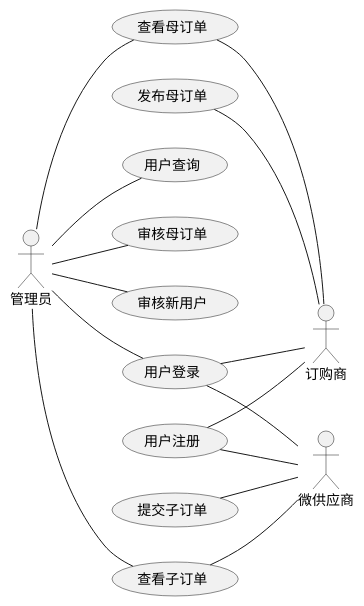
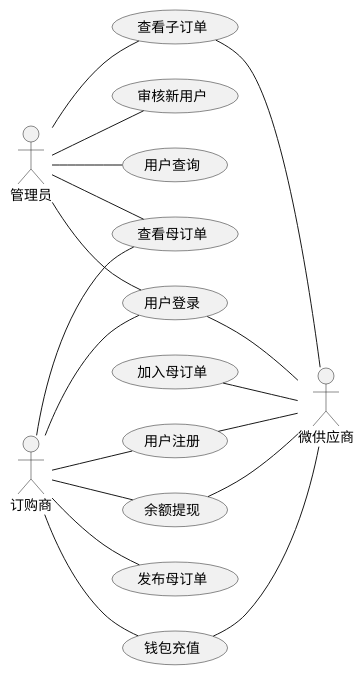
The diagram in report/misc/figure_src/uc_main_2.puml (wwyf/Waterfall), drawn with PlantUML before and after one commit. The commit also changed 6 other files, not shown here.

```diff
--- a/report/misc/figure_src/uc_main_2.puml
+++ b/report/misc/figure_src/uc_main_2.puml
@@ -1,37 +1,40 @@
 @startuml
 
 ''' 布局信息
 left to right direction
 
 ''' 以下部分描述了各个角色
 :微供应商: as MiniProvider
 :订购商: as Client
 :管理员: as Admin
 ' :授信系统: as CreditSys
 ' :资金系统: as FundSys
 
 ''' 以下部分描述了各个用例
 ''' 注意由于使用了从左到右布局, 故连线方向up down等需旋转90度
 
 MiniProvider -up- (用户登录)
 MiniProvider -up- (用户注册)
 MiniProvider -up- (查看子订单)
-MiniProvider -up- (提交子订单)
-
-Client -up- (用户登录)
-Client -up- (用户注册)
-Client -up- (发布母订单)
-Client -up- (查看母订单)
+MiniProvider -up- (加入母订单)
+MiniProvider -up- (钱包充值)
+MiniProvider -up- (余额提现)
 
 together {
 	Admin -- (用户查询)
     Admin -- (用户登录)
     Admin -- (查看子订单)
     Admin -- (查看母订单)
-    Admin -- (审核母订单)
     Admin -- (审核新用户)
 }
+
+Client -- (用户登录)
+Client -- (用户注册)
+Client -- (发布母订单)
+Client -- (查看母订单)
+Client -- (钱包充值)
+Client -- (余额提现)
 
 ''' 用于控制布局的连线, 不显示
 
 @enduml
```
